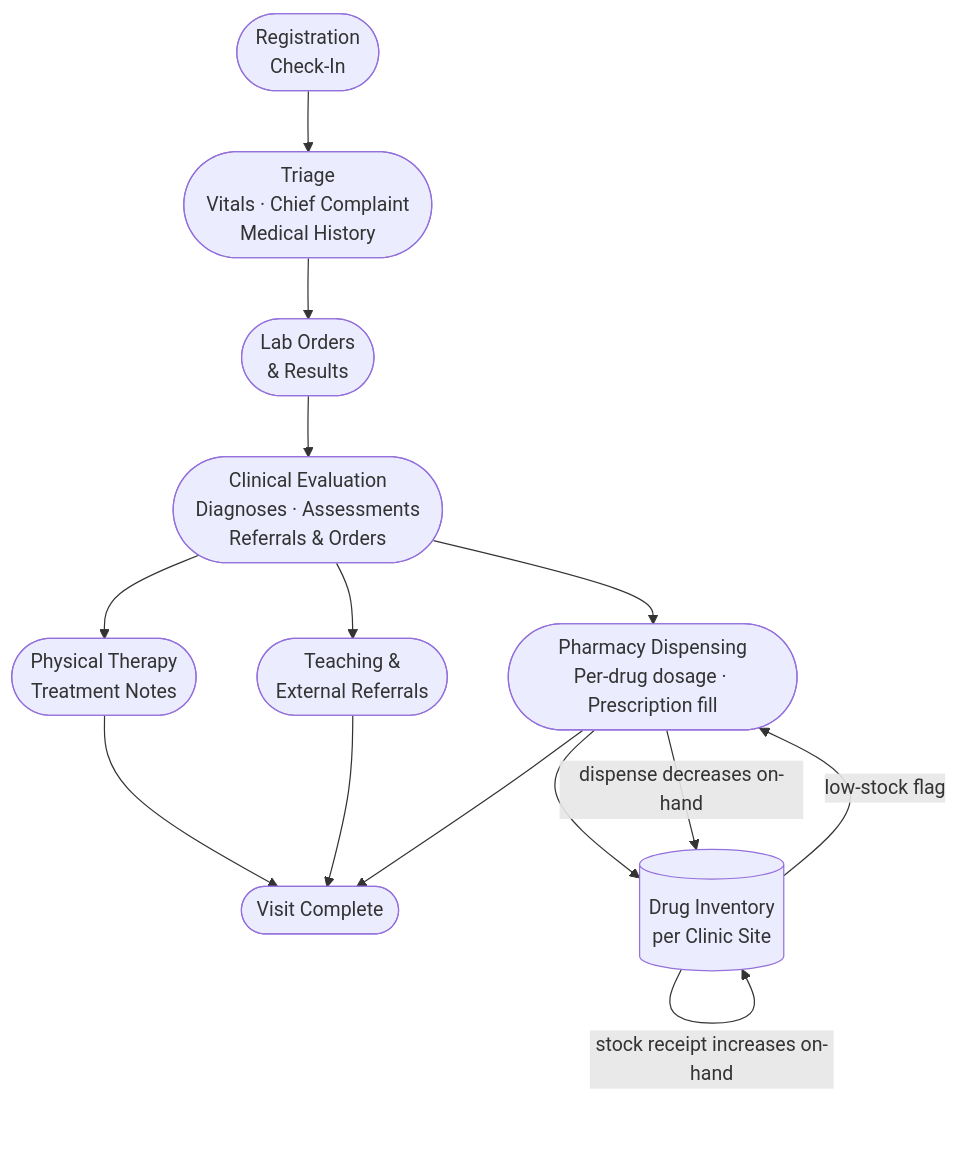
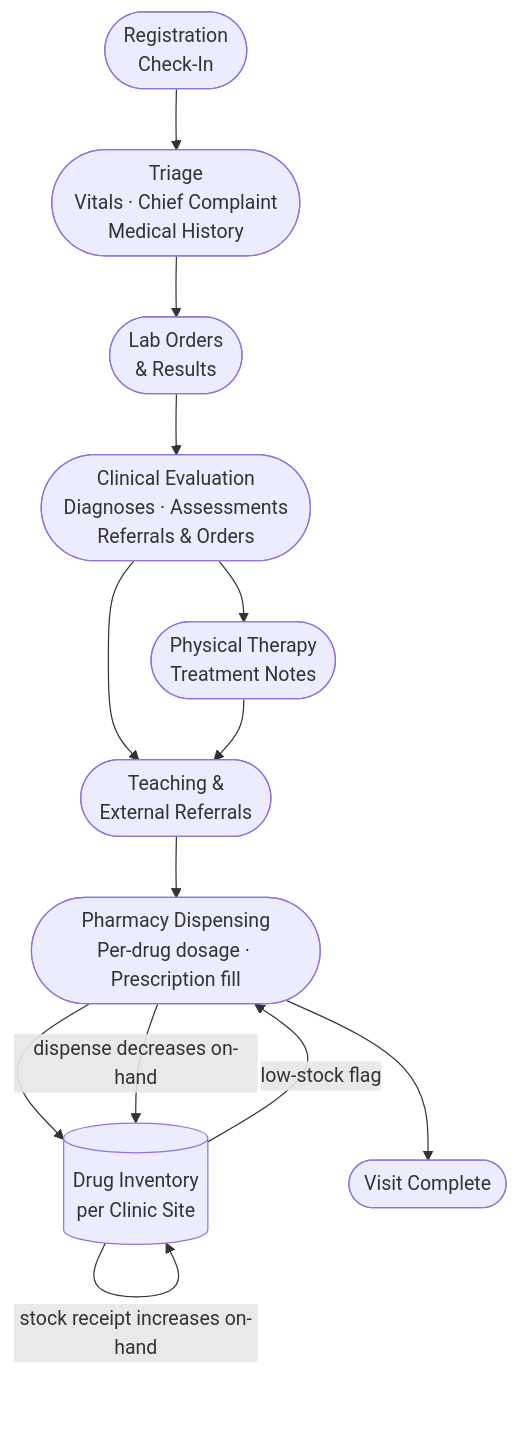
One commit to LibreChart/LibreChart changed the third of 3 diagrams in documentation/pharmacy-workflow.md. Above: the diagram before and after it, drawn with Mermaid. The commit also changed 3 other files, not shown here.

````diff
--- a/documentation/pharmacy-workflow.md
+++ b/documentation/pharmacy-workflow.md
@@ -61,23 +61,22 @@
 ```mermaid
 flowchart TD
     REG([Registration<br/>Check-In]) --> TRIAGE
     TRIAGE([Triage<br/>Vitals · Chief Complaint<br/>Medical History]) --> LAB
     LAB([Lab Orders<br/>& Results]) --> CLIN
 
-    CLIN([Clinical Evaluation<br/>Diagnoses · Assessments<br/>Referrals & Orders]) --> PHARM
-    CLIN --> PT
+    CLIN([Clinical Evaluation<br/>Diagnoses · Assessments<br/>Referrals & Orders]) --> PT
     CLIN --> TEACH
 
-    PT([Physical Therapy<br/>Treatment Notes]) --> COMPLETE
-    TEACH([Teaching &<br/>External Referrals]) --> COMPLETE
+    PT([Physical Therapy<br/>Treatment Notes]) --> TEACH
+    TEACH([Teaching &<br/>External Referrals]) --> PHARM
 
     PHARM([Pharmacy Dispensing<br/>Per-drug dosage · Prescription fill]) --> INV
     PHARM --> COMPLETE
 
     INV[(Drug Inventory<br/>per Clinic Site)]
     INV -- stock receipt increases on-hand --> INV
     PHARM -- dispense decreases on-hand --> INV
     INV -- low-stock flag --> PHARM
 
     COMPLETE([Visit Complete])
 ```
````
